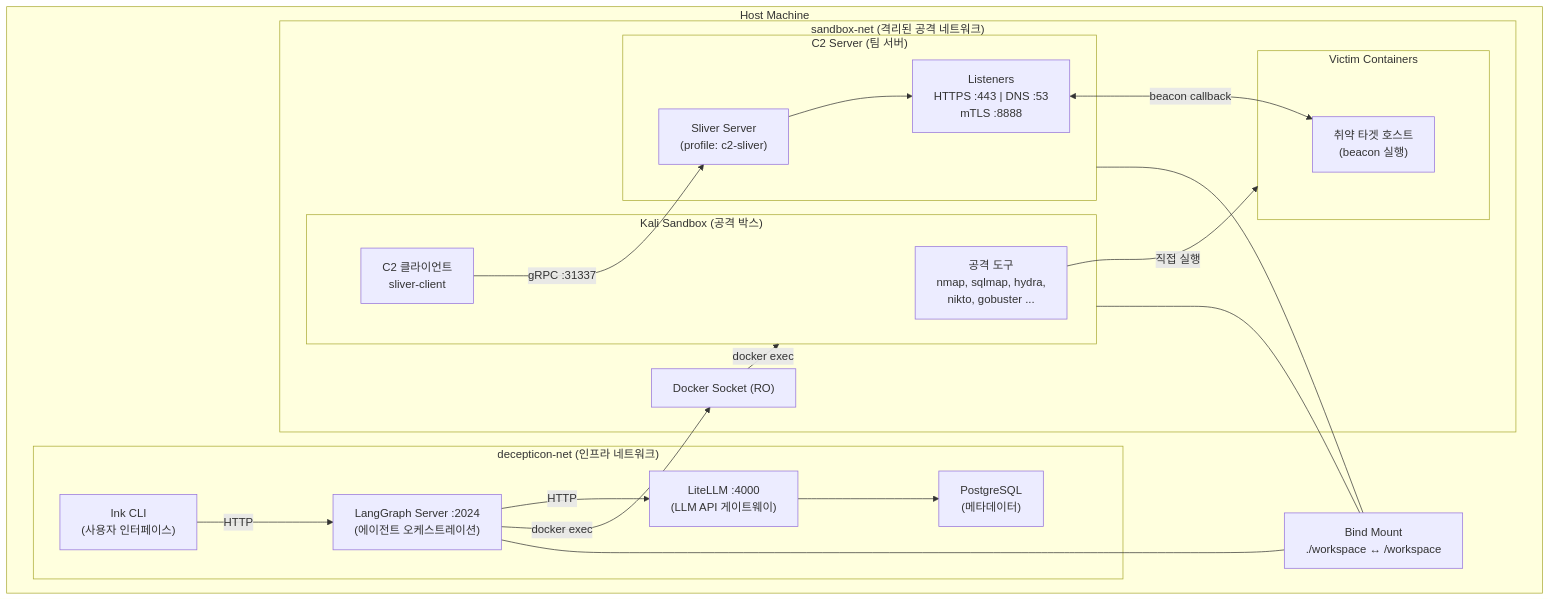
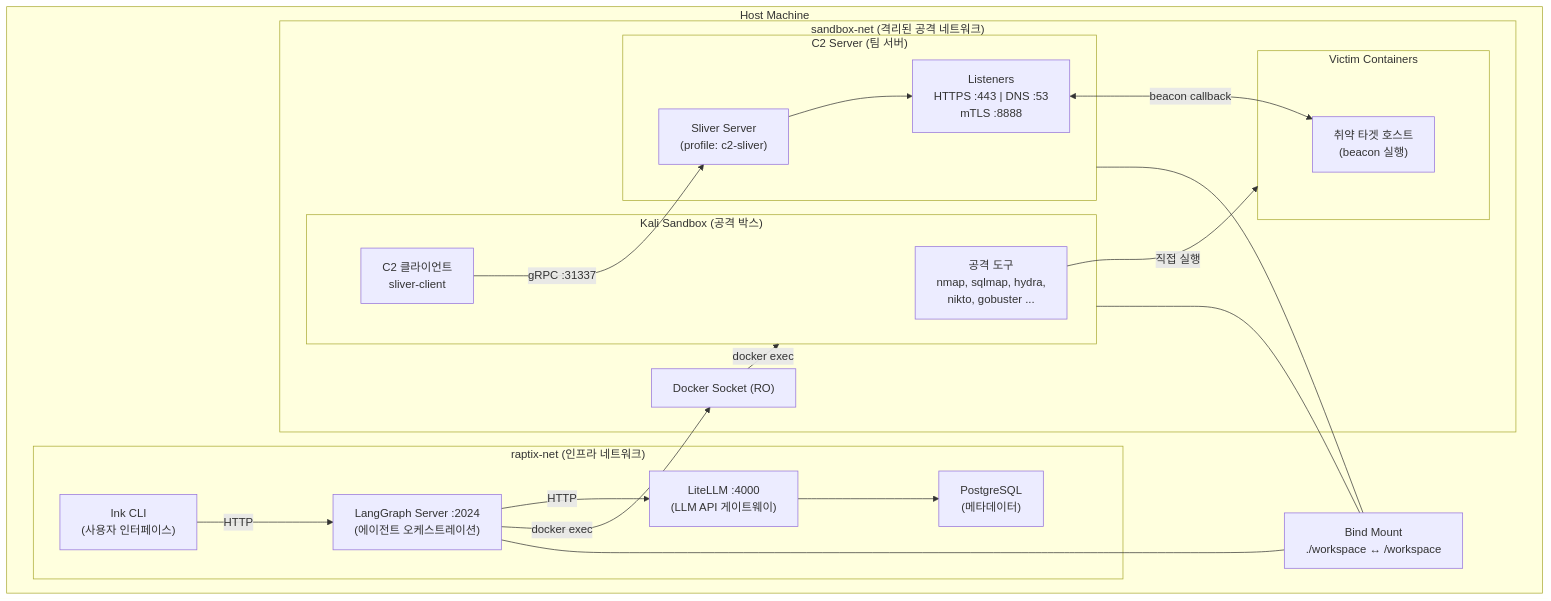
One commit to Akapi895/raptix changed the second of 12 diagrams in docs/architecture/red-team-infrastructure.md. Above: the diagram before and after it, drawn with Mermaid. The commit also changed other lines of this file and 211 other files, not shown here.

````diff
--- a/docs/architecture/red-team-infrastructure.md
+++ b/docs/architecture/red-team-infrastructure.md
@@ -98,46 +98,46 @@
 ```mermaid
 graph TB
     subgraph HostMachine["Host Machine"]
 
-        subgraph RaptixNet["decepticon-net (인프라 네트워크)"]
+        subgraph RaptixNet["raptix-net (인프라 네트워크)"]
             CLI["Ink CLI<br/>(사용자 인터페이스)"]
             LG["LangGraph Server :2024<br/>(에이전트 오케스트레이션)"]
             LLM["LiteLLM :4000<br/>(LLM API 게이트웨이)"]
             PG["PostgreSQL<br/>(메타데이터)"]
 
             CLI -->|HTTP| LG
             LG -->|HTTP| LLM
             LLM --> PG
         end
 
         SOCK["Docker Socket (RO)"]
         LG -->|docker exec| SOCK
 
         subgraph SandboxNet["sandbox-net (격리된 공격 네트워크)"]
             subgraph Kali["Kali Sandbox (공격 박스)"]
                 TOOLS["공격 도구<br/>nmap, sqlmap, hydra,<br/>nikto, gobuster ..."]
                 CLIENT["C2 클라이언트<br/>sliver-client"]
             end
 
             subgraph C2["C2 Server (팀 서버)"]
                 C2_ENGINE["Sliver Server<br/>(profile: c2-sliver)"]
                 LISTENER["Listeners<br/>HTTPS :443 | DNS :53<br/>mTLS :8888"]
                 C2_ENGINE --> LISTENER
             end
 
             subgraph Targets["Victim Containers"]
                 TARGET["취약 타겟 호스트<br/>(beacon 실행)"]
             end
 
             SOCK -->|docker exec| Kali
             CLIENT -->|gRPC :31337| C2_ENGINE
             TOOLS -->|직접 실행| Targets
             LISTENER <-->|beacon callback| TARGET
         end
 
         WS["Bind Mount<br/>./workspace ↔ /workspace"]
         Kali --- WS
         C2 --- WS
         LG --- WS
     end
 ```
````
